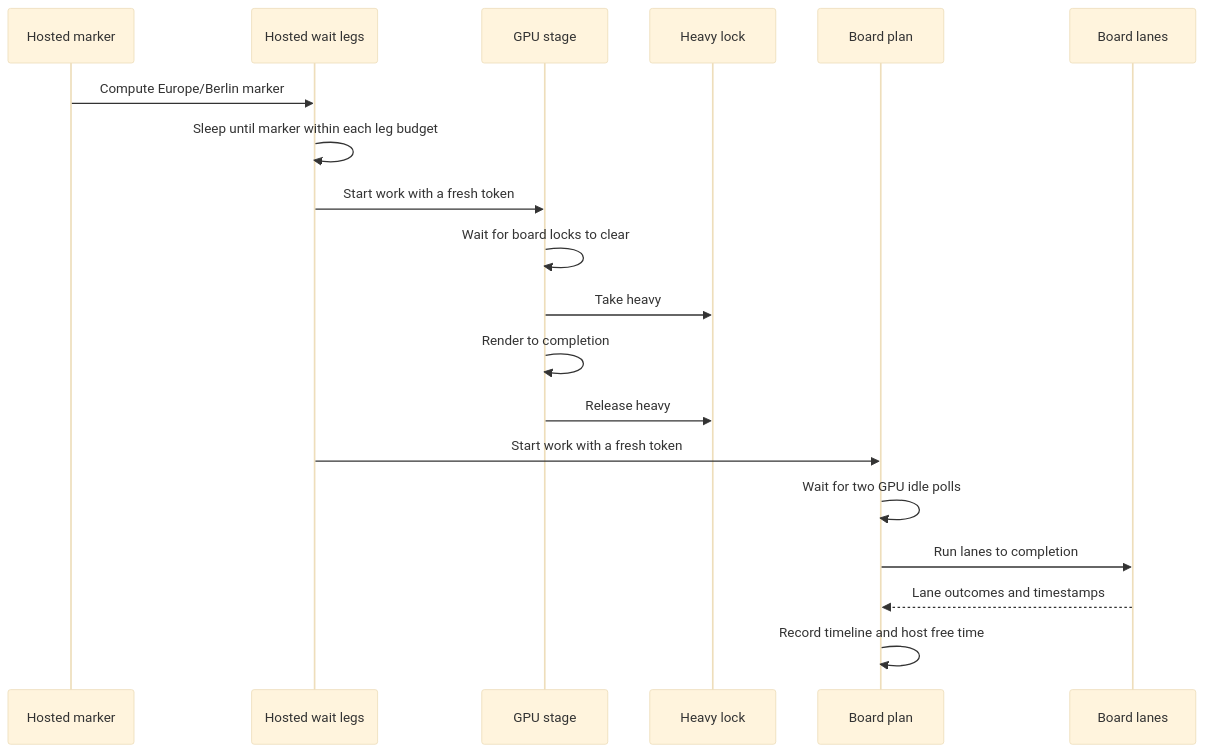
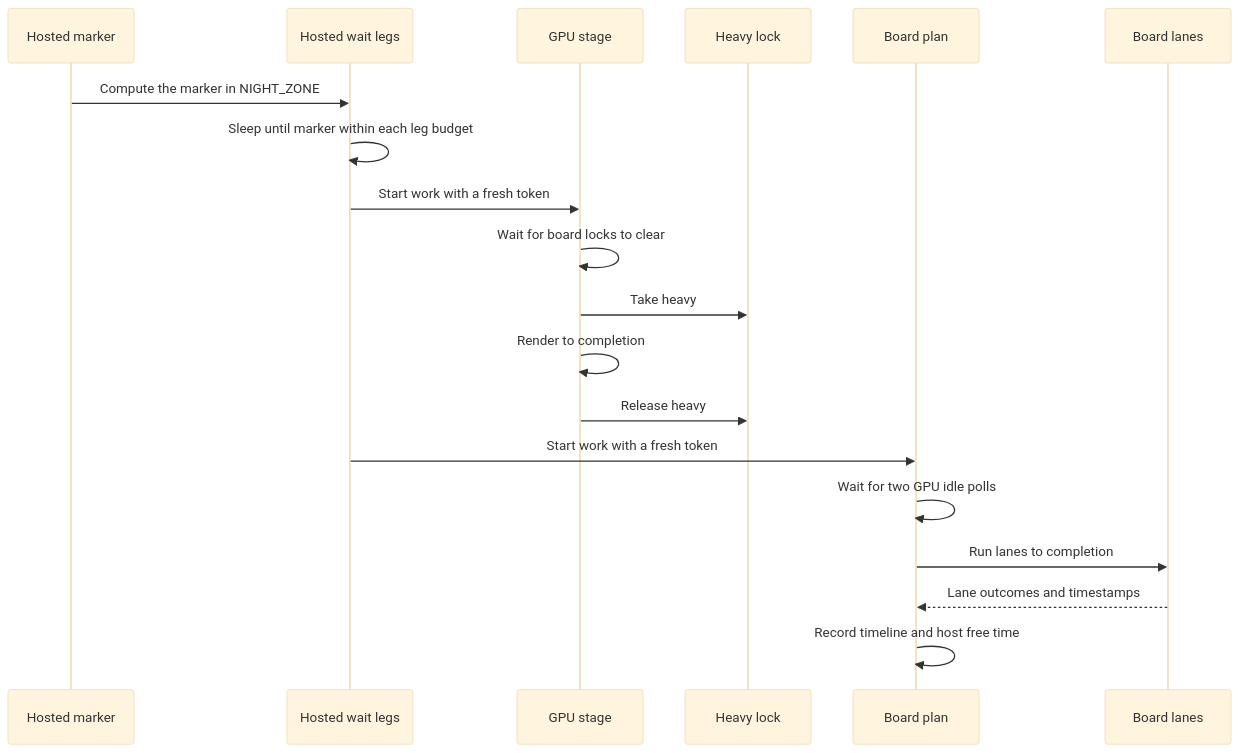
Before and after one commit to jose-villegas/autana: the third of 3 diagrams in launcher/tools/perf/README.md, drawn with Mermaid (base theme). The commit also changed other lines of this file and 7 other files, not shown here.

Commit message:
ci: read the night zone from the NIGHT_ZONE variable

````diff
--- a/launcher/tools/perf/README.md
+++ b/launcher/tools/perf/README.md
@@ -253,21 +253,21 @@
 ```mermaid
 sequenceDiagram
     participant Marker as Hosted marker
     participant Wait as Hosted wait legs
     participant GPU as GPU stage
     participant Heavy as Heavy lock
     participant Plan as Board plan
     participant Lanes as Board lanes
-    Marker->>Wait: Compute Europe/Berlin marker
+    Marker->>Wait: Compute the marker in NIGHT_ZONE
     Wait->>Wait: Sleep until marker within each leg budget
     Wait->>GPU: Start work with a fresh token
     GPU->>GPU: Wait for board locks to clear
     GPU->>Heavy: Take heavy
     GPU->>GPU: Render to completion
     GPU->>Heavy: Release heavy
     Wait->>Plan: Start work with a fresh token
     Plan->>Plan: Wait for two GPU idle polls
     Plan->>Lanes: Run lanes to completion
     Lanes-->>Plan: Lane outcomes and timestamps
     Plan->>Plan: Record timeline and host free time
 ```
````
